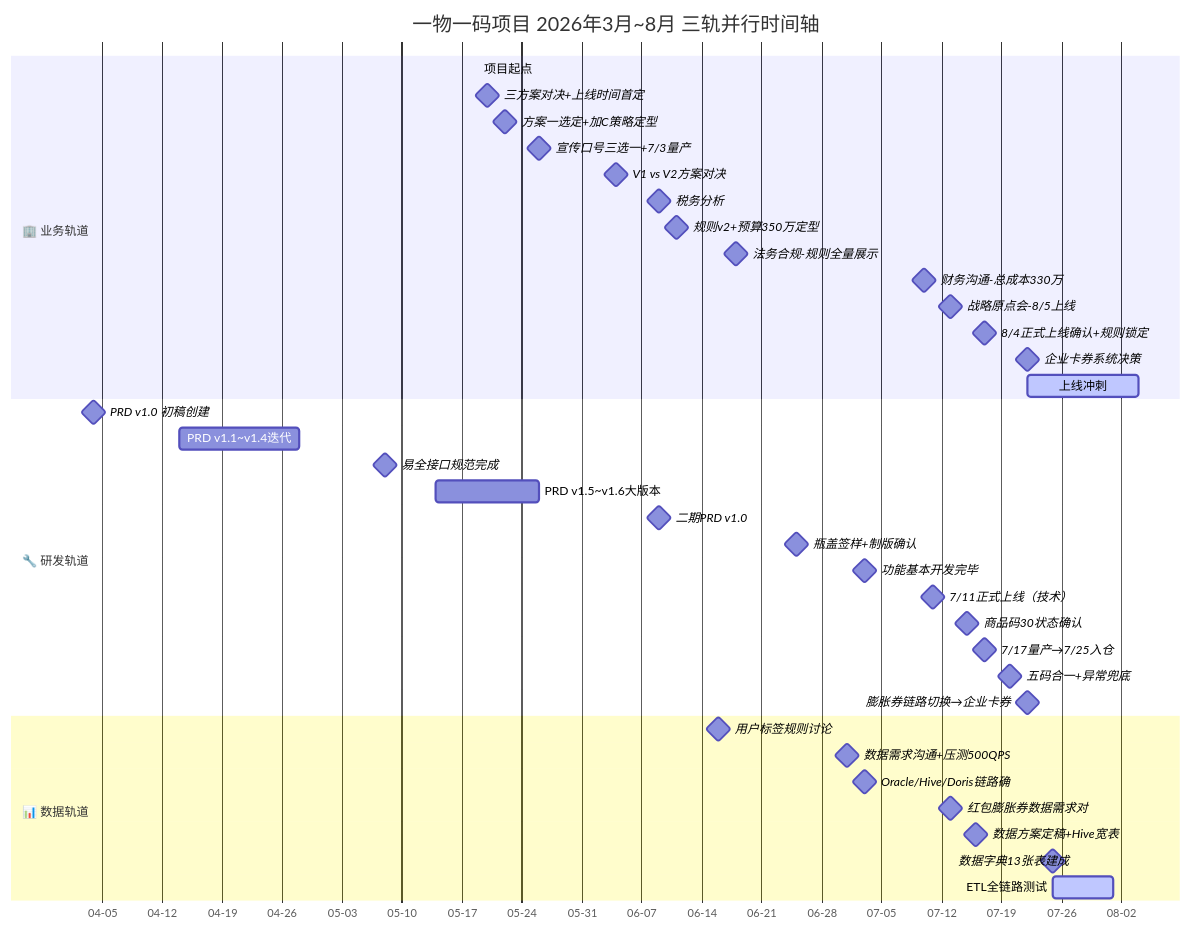
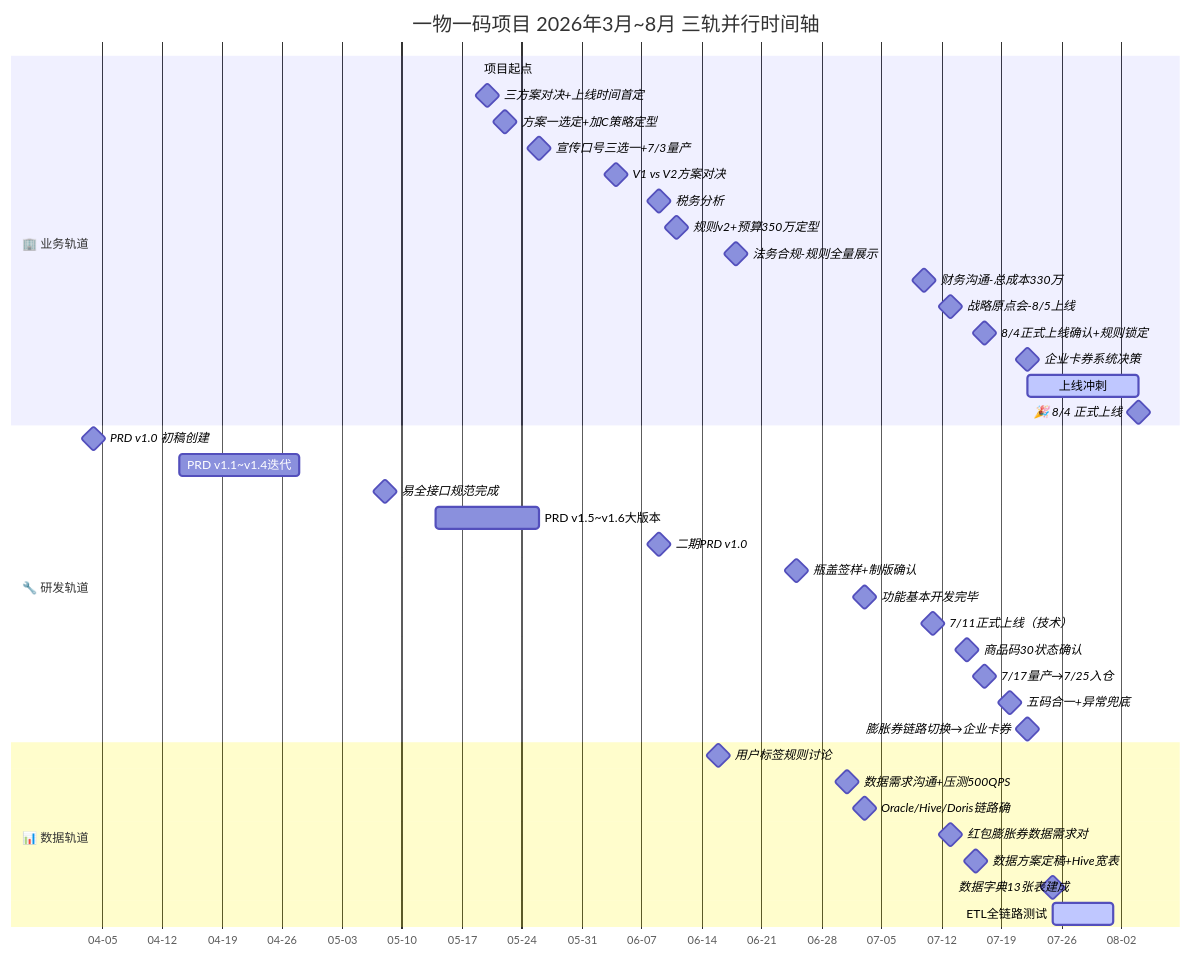
One commit to yingji945/obsidian-vault changed the first of 5 diagrams in 项目沉淀/一物一码/07-项目全景/一物一码项目全生命周期地图.md. Above: the diagram before and after it, drawn with Mermaid. The commit also changed other lines of this file and 5 other files, not shown here.

Commit message:
一物一码两索引分工：主索引精简第一层/纪要索引补文档清单+统计37个文件+状态改持续维护/生命周期地图加8-4上线节点/修复9处坏链(06-复盘升华/05-决策提炼路径+Phase链接+数据视角短链)

````diff
--- a/项目沉淀/一物一码/07-项目全景/一物一码项目全生命周期地图.md
+++ b/项目沉淀/一物一码/07-项目全景/一物一码项目全生命周期地图.md
@@ -17,44 +17,45 @@
 ```mermaid
 gantt
     title 一物一码项目 2026年3月~8月 三轨并行时间轴
     dateFormat  YYYY-MM-DD
     axisFormat  %m-%d
     
     section 🏢 业务轨道
     项目起点: 项目第一次讨论     :milestone, 2026-05-19, 0d
     三方案对决+上线时间首定     :milestone, 2026-05-20, 0d
     方案一选定+加C策略定型      :milestone, 2026-05-22, 0d
     宣传口号三选一+7/3量产      :milestone, 2026-05-26, 0d
     V1 vs V2方案对决            :milestone, 2026-06-04, 0d
     税务分析                    :milestone, 2026-06-09, 0d
     规则v2+预算350万定型        :milestone, 2026-06-11, 0d
     法务合规-规则全量展示       :milestone, 2026-06-18, 0d
     财务沟通-总成本330万        :milestone, 2026-07-10, 0d
     战略原点会-8/5上线          :milestone, 2026-07-13, 0d
     8/4正式上线确认+规则锁定    :milestone, 2026-07-17, 0d
     企业卡券系统决策            :milestone, 2026-07-22, 0d
     上线冲刺                    :active, 2026-07-22, 2026-08-04
+    🎉 8/4 正式上线             :milestone, 2026-08-04, 0d
     
     section 🔧 研发轨道
     PRD v1.0 初稿创建           :milestone, 2026-04-04, 0d
     PRD v1.1~v1.4迭代           :2026-04-14, 2026-04-28
     易全接口规范完成            :milestone, 2026-05-08, 0d
     PRD v1.5~v1.6大版本         :2026-05-14, 2026-05-26
     二期PRD v1.0                :milestone, 2026-06-09, 0d
     瓶盖签样+制版确认           :milestone, 2026-06-25, 0d
     功能基本开发完毕            :milestone, 2026-07-03, 0d
     7/11正式上线（技术）        :milestone, 2026-07-11, 0d
     商品码30状态确认            :milestone, 2026-07-15, 0d
     7/17量产→7/25入仓          :milestone, 2026-07-17, 0d
     五码合一+异常兜底           :milestone, 2026-07-20, 0d
     膨胀券链路切换→企业卡券     :milestone, 2026-07-22, 0d
 
     section 📊 数据轨道
     用户标签规则讨论            :milestone, 2026-06-16, 0d
     数据需求沟通+压测500QPS     :milestone, 2026-07-01, 0d
     Oracle/Hive/Doris链路确     :milestone, 2026-07-03, 0d
     红包膨胀券数据需求对        :milestone, 2026-07-13, 0d
     数据方案定稿+Hive宽表       :milestone, 2026-07-16, 0d
     数据字典13张表建成          :milestone, 2026-07-25, 0d
     ETL全链路测试               :active, 2026-07-25, 2026-08-01
 ```
````
